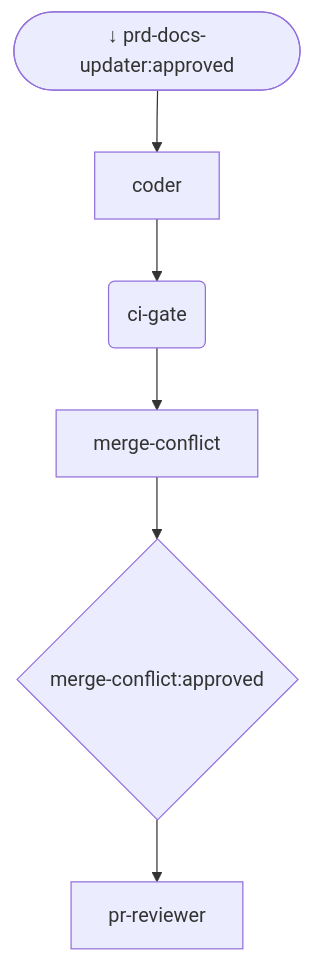
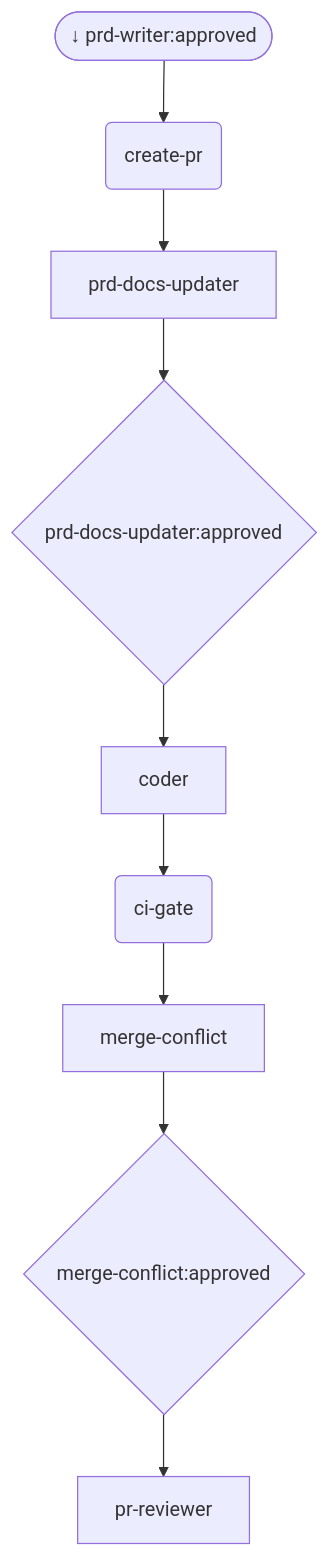
One commit to M-A-Operating-System/ai-coding-standards2 changed the diagram in docs/product/agile/generated/phases/03_execute.mmd. Above: the diagram before and after it, drawn with Mermaid. The commit also changed 1 other file, not shown here.

Commit message:
chore: regenerate pipeline diagrams [skip ci]

```diff
--- a/docs/product/agile/generated/phases/03_execute.mmd
+++ b/docs/product/agile/generated/phases/03_execute.mmd
@@ -1,12 +1,18 @@
 flowchart TD
-    n_01_product_docs__prd_docs_updater(["↓ prd-docs-updater:approved"])
+    n_01_product_docs__prd_writer(["↓ prd-writer:approved"])
+    n_01_product_docs__create_pr("create-pr")
+    n_01_product_docs__prd_docs_updater["prd-docs-updater"]
     n_03_execute__coder["coder"]
     n_03_execute__ci_gate("ci-gate")
     n_03_execute__merge_conflict["merge-conflict"]
     n_03_execute__pr_reviewer["pr-reviewer"]
+    gate__n_01_product_docs__prd_docs_updater{"prd-docs-updater:approved"}
     gate__n_03_execute__merge_conflict{"merge-conflict:approved"}
+    n_01_product_docs__prd_docs_updater --> gate__n_01_product_docs__prd_docs_updater
     n_03_execute__merge_conflict --> gate__n_03_execute__merge_conflict
-    n_01_product_docs__prd_docs_updater --> n_03_execute__coder
+    n_01_product_docs__prd_writer --> n_01_product_docs__create_pr
+    n_01_product_docs__create_pr --> n_01_product_docs__prd_docs_updater
+    gate__n_01_product_docs__prd_docs_updater --> n_03_execute__coder
     n_03_execute__coder --> n_03_execute__ci_gate
     n_03_execute__ci_gate --> n_03_execute__merge_conflict
     gate__n_03_execute__merge_conflict --> n_03_execute__pr_reviewer
```
